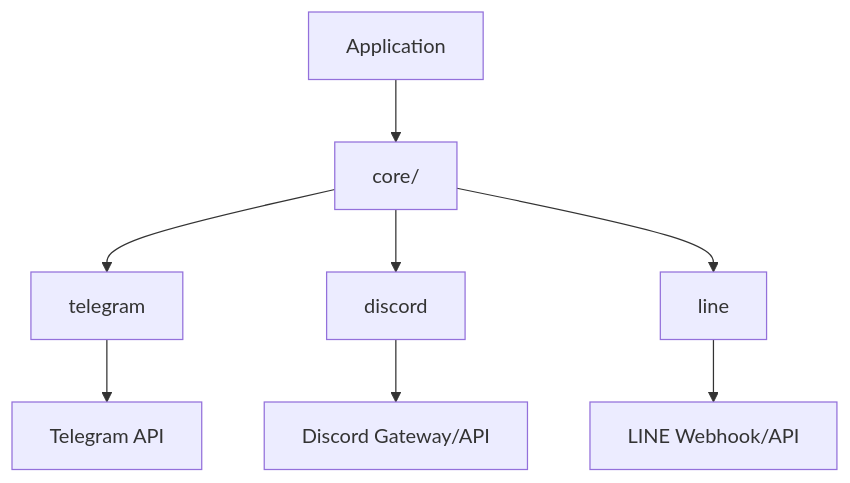
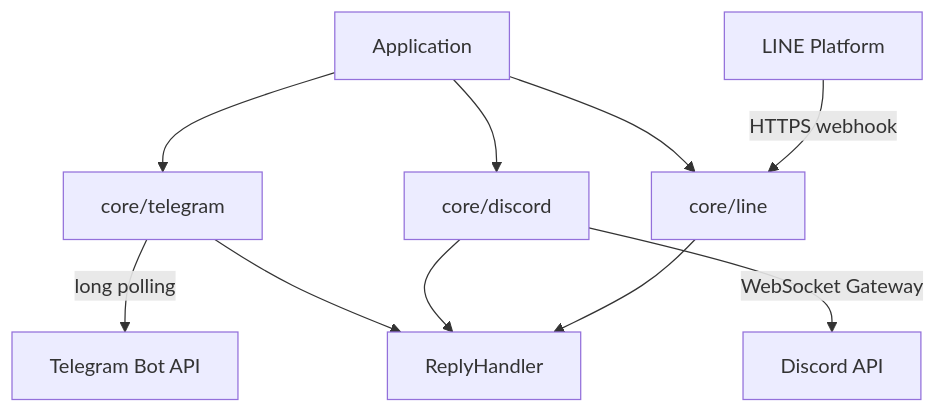
One commit to pardnchiu/go-bot changed the diagram in README.md. Above: the diagram before and after it, drawn with Mermaid. The commit also changed other lines of this file and 5 other files, not shown here.

````diff
--- a/README.md
+++ b/README.md
@@ -38,10 +42,12 @@
 ```mermaid
 graph TB
-    App[Application] --> Core[core/]
-    Core --> TG[telegram]
-    Core --> DC[discord]
-    Core --> LN[line]
-    TG --> TelegramAPI[Telegram API]
-    DC --> DiscordAPI[Discord Gateway/API]
-    LN --> LineAPI[LINE Webhook/API]
+    App[Application] --> TG[core/telegram]
+    App --> DC[core/discord]
+    App --> LN[core/line]
+    TG -->|long polling| TelegramAPI[Telegram Bot API]
+    DC -->|WebSocket Gateway| DiscordAPI[Discord API]
+    LineAPI[LINE Platform] -->|HTTPS webhook| LN
+    TG --> Handler[ReplyHandler]
+    DC --> Handler
+    LN --> Handler
 ```
````
